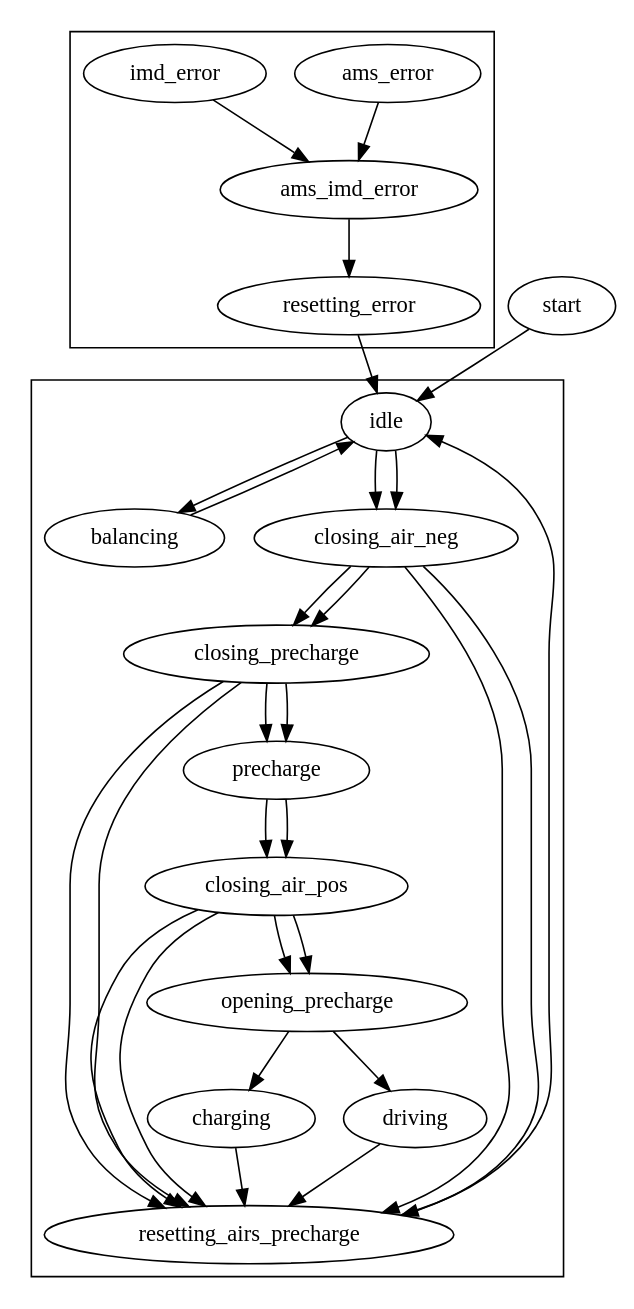
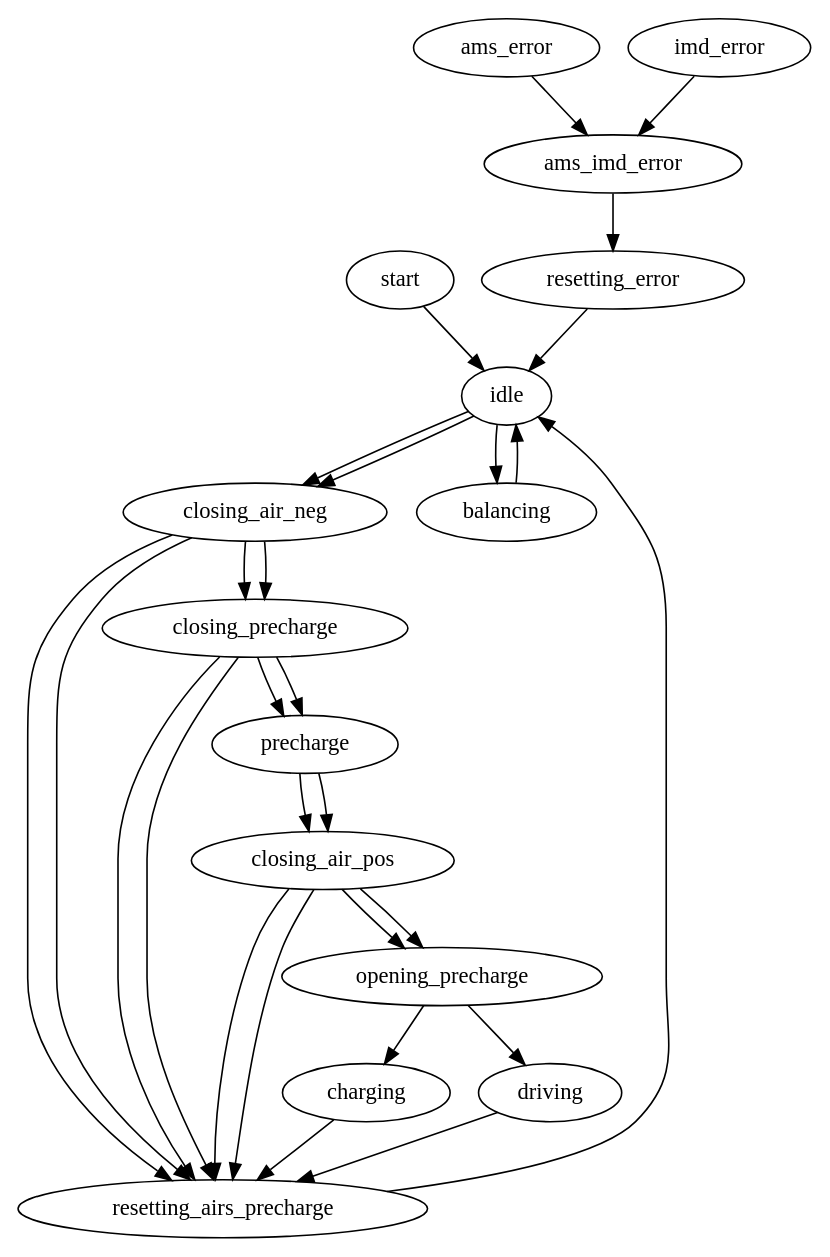
One commit to almecha/BMS_FSM changed the diagram in BMS_FSM.dot. Above: the diagram before and after it, drawn with Graphviz. The commit also changed 2 other files, not shown here.

```diff
--- a/BMS_FSM.dot
+++ b/BMS_FSM.dot
@@ -1,42 +1,36 @@
 digraph{
-subgraph cluster_0 {
 
-    idle -> balancing -> idle
-
-    subgraph charging {
-        closing_air_neg -> closing_precharge
-        closing_air_neg -> resetting_airs_precharge
-        closing_precharge -> resetting_airs_precharge
-        closing_precharge -> precharge
-        precharge -> closing_air_pos
-        closing_air_pos -> opening_precharge
-        closing_air_pos -> resetting_airs_precharge
-        opening_precharge -> charging
-        charging -> resetting_airs_precharge
-
-}
-    subgraph driving{
-        closing_air_neg -> closing_precharge
-        closing_air_neg -> resetting_airs_precharge
-        closing_precharge -> resetting_airs_precharge
-        closing_precharge -> precharge
-        precharge -> closing_air_pos
-        closing_air_pos -> resetting_airs_precharge
-        closing_air_pos -> opening_precharge
-        opening_precharge -> driving
-        driving -> resetting_airs_precharge
-        label = "DRIVING";
-    }
-}
-
-subgraph cluster_2 {
-    ams_error -> ams_imd_error
-    imd_error -> ams_imd_error
-    ams_imd_error -> resetting_error
-}
 start -> idle
 resetting_error -> idle
 idle -> closing_air_neg
 idle -> closing_air_neg
 resetting_airs_precharge -> idle
+
+idle -> balancing -> idle
+
+closing_air_neg -> closing_precharge
+closing_air_neg -> resetting_airs_precharge
+closing_precharge -> resetting_airs_precharge
+closing_precharge -> precharge
+precharge -> closing_air_pos
+closing_air_pos -> opening_precharge
+closing_air_pos -> resetting_airs_precharge
+opening_precharge -> charging
+charging -> resetting_airs_precharge
+
+closing_air_neg -> closing_precharge
+closing_air_neg -> resetting_airs_precharge
+closing_precharge -> resetting_airs_precharge
+closing_precharge -> precharge
+precharge -> closing_air_pos
+closing_air_pos -> resetting_airs_precharge
+closing_air_pos -> opening_precharge
+opening_precharge -> driving
+driving -> resetting_airs_precharge
+
+
+ams_error -> ams_imd_error
+imd_error -> ams_imd_error
+ams_imd_error -> resetting_error
+
 }
```
